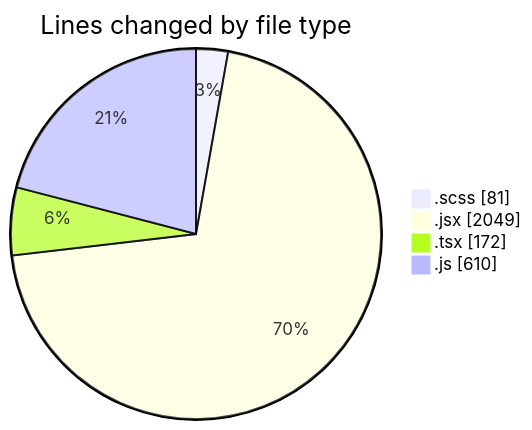
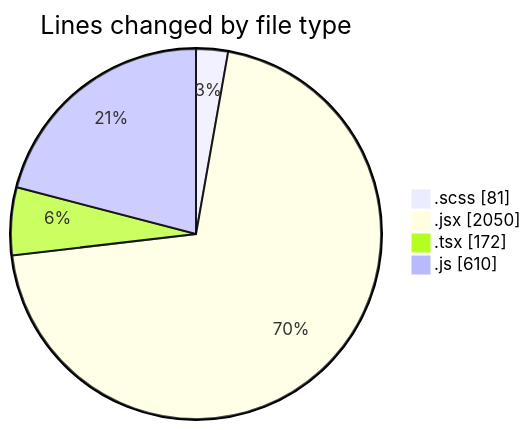
One commit to momahboobian/code-tracking changed the first of 2 diagrams in 2025-06-03/cda/README.md. Above: the diagram before and after it, drawn with Mermaid. The commit also changed other lines of this file and 1 other file, not shown here.

````diff
--- a/2025-06-03/cda/README.md
+++ b/2025-06-03/cda/README.md
@@ -26,8 +26,8 @@
 ```mermaid
 pie showData
 title Lines changed by file type
 ".scss" : 81
-".jsx" : 2049
+".jsx" : 2050
 ".tsx" : 172
 ".js" : 610
 ```
````
